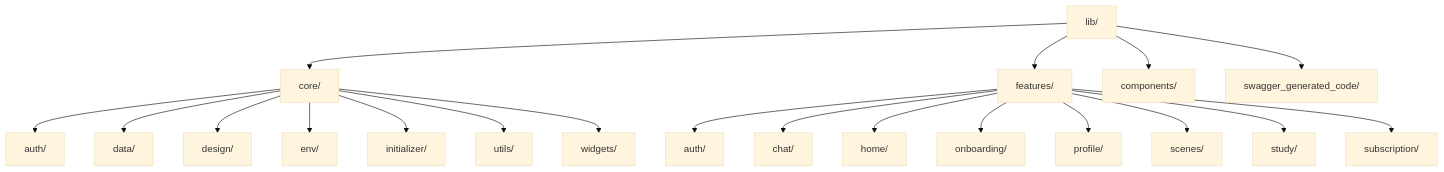
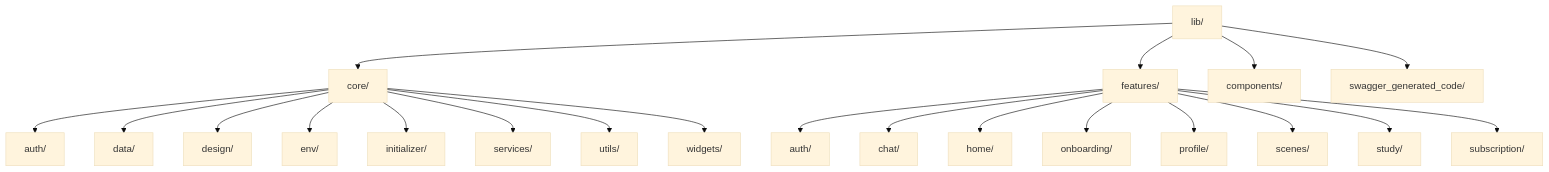
Before and after one commit to yiiio226/TriTalk: the diagram in frontend/doc/Architecture.md, drawn with Mermaid (base theme). The commit also changed other lines of this file and 10 other files, not shown here.

````diff
--- a/frontend/doc/Architecture.md
+++ b/frontend/doc/Architecture.md
@@ -30,24 +30,25 @@
 ```mermaid
 graph TD
     Lib[lib/] --> Core[core/]
     Lib --> Features[features/]
     Lib --> Components[components/]
     Lib --> Swagger[swagger_generated_code/]
 
     Core --> CoreAuth[auth/]
     Core --> CoreData[data/]
     Core --> CoreDesign[design/]
     Core --> CoreEnv[env/]
     Core --> CoreInit[initializer/]
+    Core --> CoreServices[services/]
     Core --> CoreUtils[utils/]
     Core --> CoreWidgets[widgets/]
 
     Features --> FeatureAuth[auth/]
     Features --> FeatureChat[chat/]
     Features --> FeatureHome[home/]
     Features --> FeatureOnboarding[onboarding/]
     Features --> FeatureProfile[profile/]
     Features --> FeatureScenes[scenes/]
     Features --> FeatureStudy[study/]
     Features --> FeatureSub[subscription/]
 ```
````
